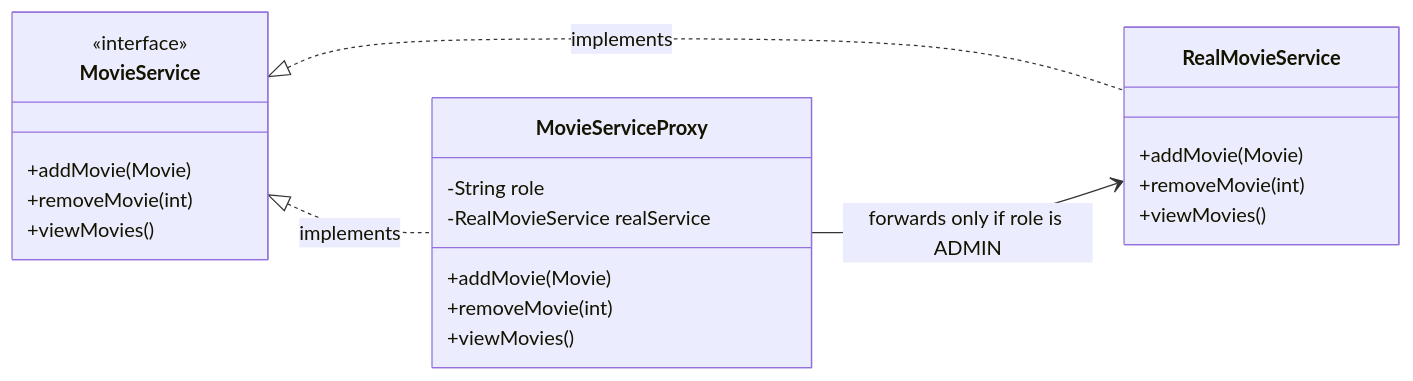
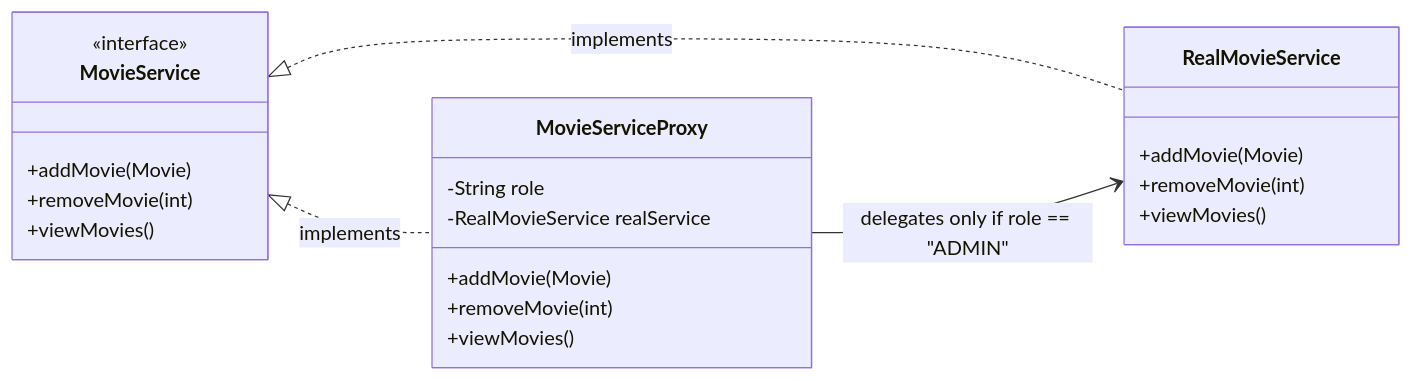
The first of 3 diagrams in README.md (sayyadrehan09/DP-Lab), drawn with Mermaid before and after one commit. The commit also changed other lines of this file and 2 other files, not shown here.

````diff
--- a/README.md
+++ b/README.md
@@ -176,25 +187,25 @@
 ```mermaid
 classDiagram
     direction LR
     class MovieService {
         <<interface>>
         +addMovie(Movie)
         +removeMovie(int)
         +viewMovies()
     }
     class RealMovieService {
         +addMovie(Movie)
         +removeMovie(int)
         +viewMovies()
     }
     class MovieServiceProxy {
         -String role
         -RealMovieService realService
         +addMovie(Movie)
         +removeMovie(int)
         +viewMovies()
     }
     MovieService <|.. RealMovieService : implements
     MovieService <|.. MovieServiceProxy : implements
-    MovieServiceProxy --> RealMovieService : forwards only if role is ADMIN
+    MovieServiceProxy --> RealMovieService : delegates only if role == "ADMIN"
 ```
````
